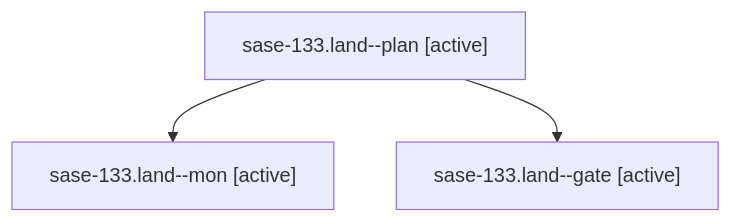
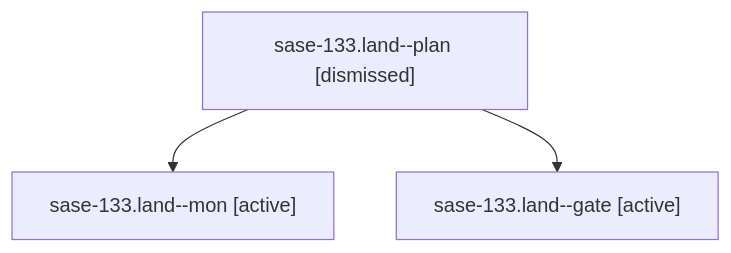
The diagram in sessions/bbugyi200.athena.sase-133.land.md (sase-org/sase--agents), drawn with Mermaid before and after one commit. The commit also changed other lines of this file and 219 other files, not shown here.

````diff
--- a/sessions/bbugyi200.athena.sase-133.land.md
+++ b/sessions/bbugyi200.athena.sase-133.land.md
@@ -9,8 +9,8 @@
 ```mermaid
 flowchart TD
-  n0["sase-133.land--plan [active]"]
+  n0["sase-133.land--plan [dismissed]"]
   n1["sase-133.land--mon [active]"]
   n0 --> n1
   n2["sase-133.land--gate [active]"]
   n0 --> n2
 ```
````
